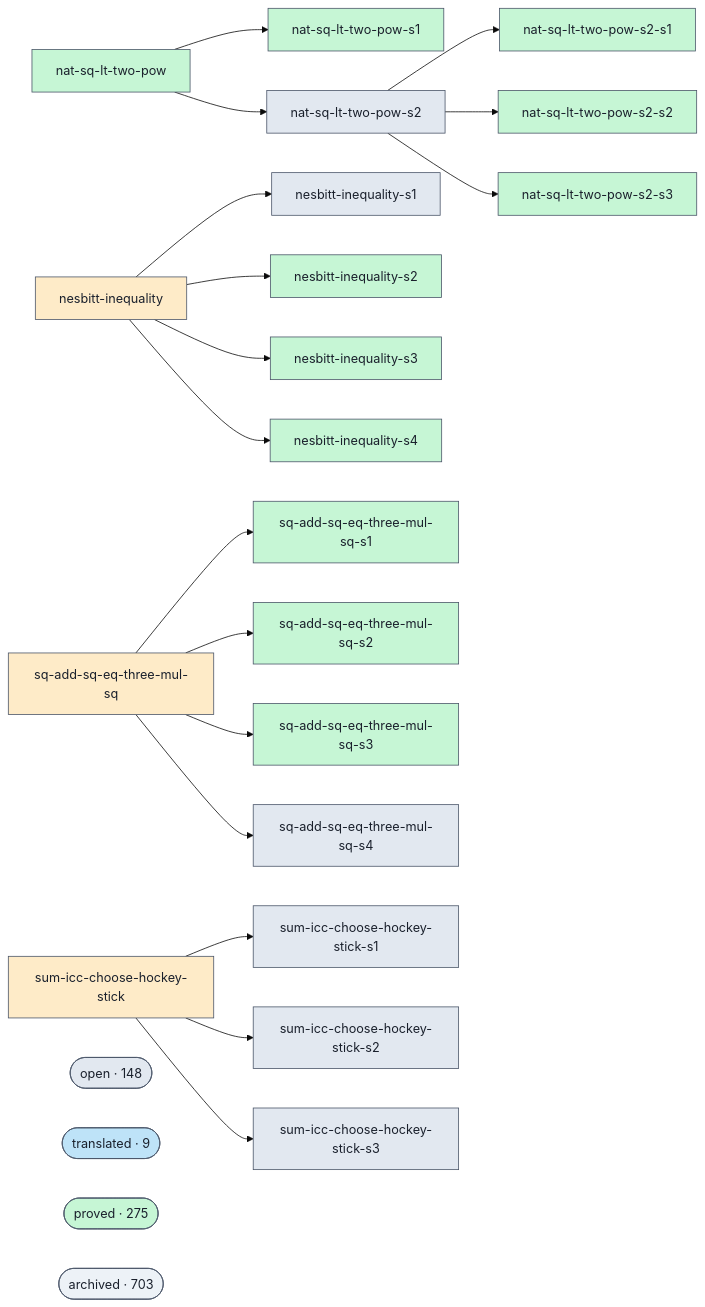
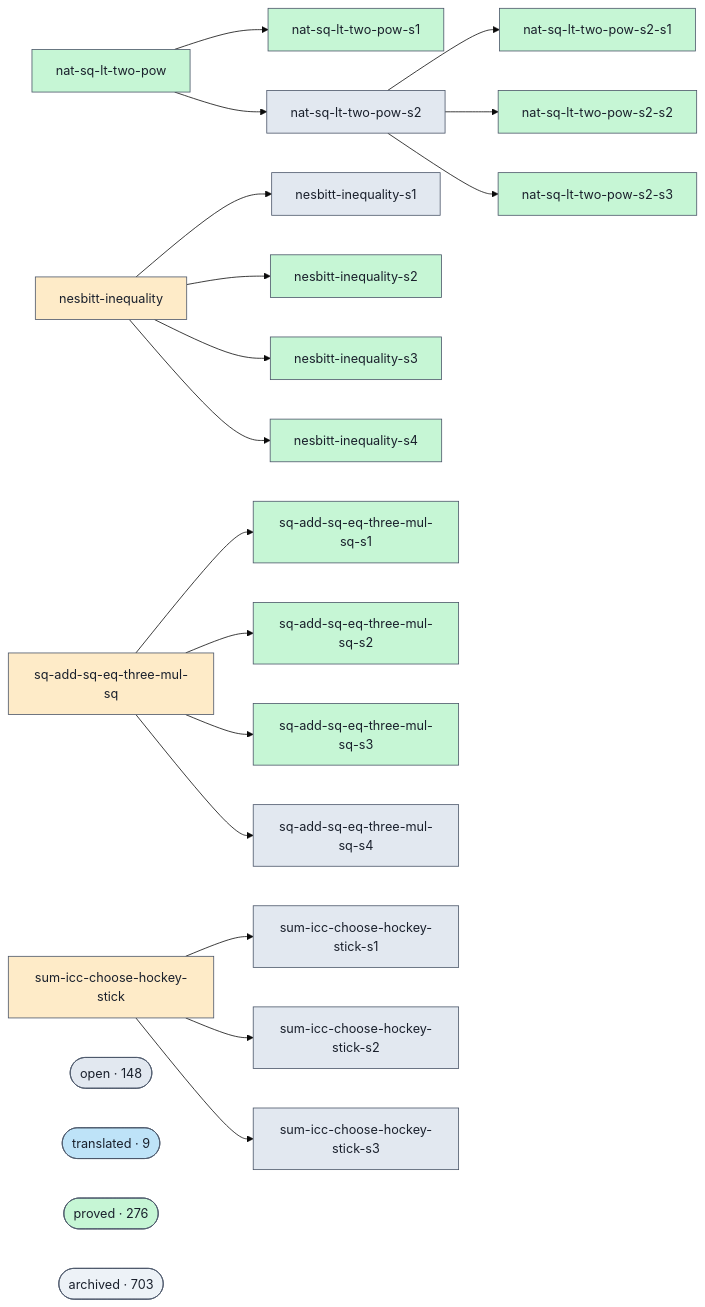
Before and after one commit to ohdearquant/unsorry: the diagram in docs/proofs-contributors-visualisation.md, drawn with Mermaid (base theme). The commit also changed other lines of this file and 2 other files, not shown here.

```diff
--- a/docs/proofs-contributors-visualisation.md
+++ b/docs/proofs-contributors-visualisation.md
@@ -102,7 +102,7 @@
   class cluster_open open;
   cluster_translated(["translated · 9"])
   class cluster_translated translated;
-  cluster_proved(["proved · 275"])
+  cluster_proved(["proved · 276"])
   class cluster_proved proved;
   cluster_archived(["archived · 703"])
   class cluster_archived unknown;
```
